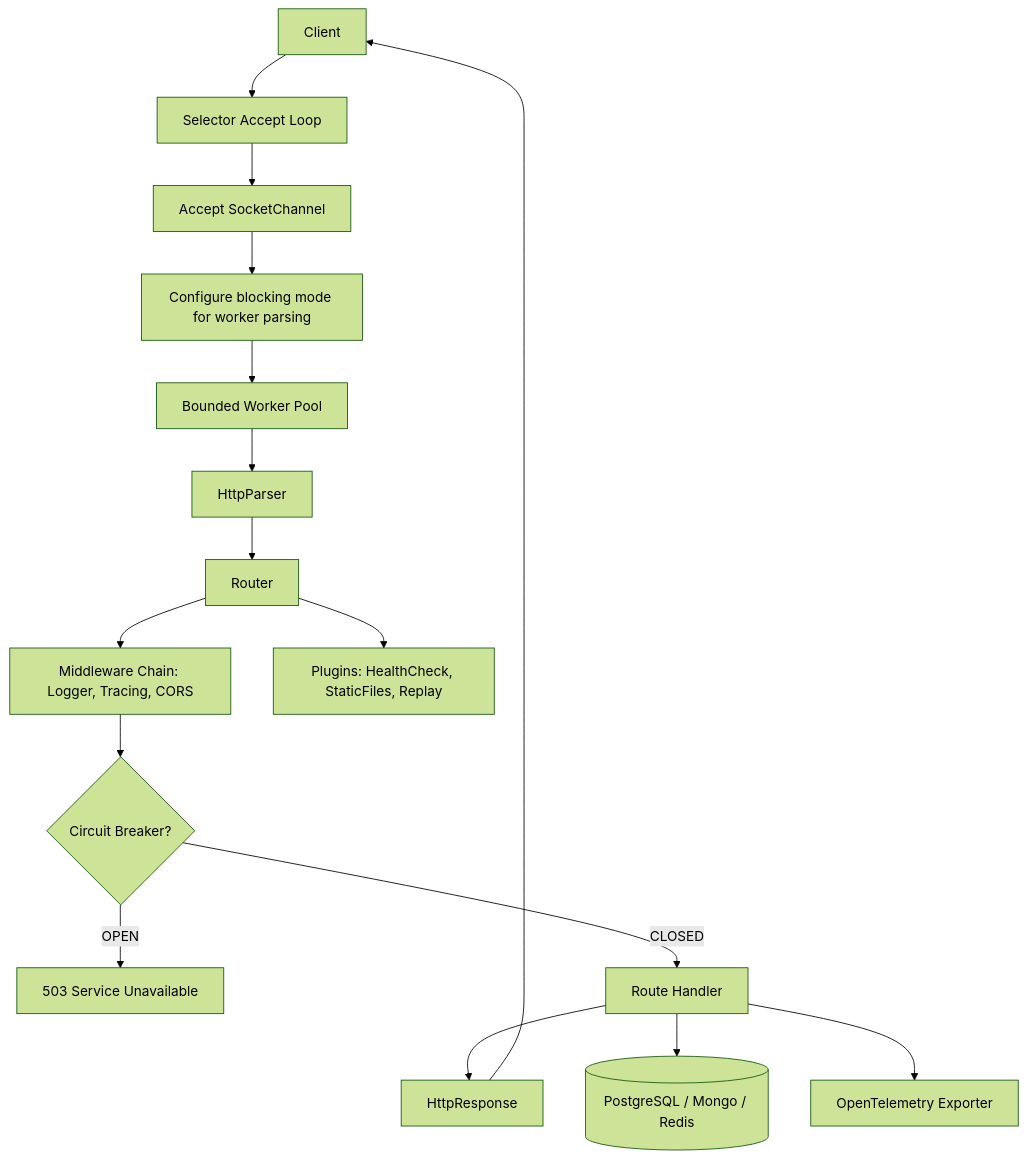
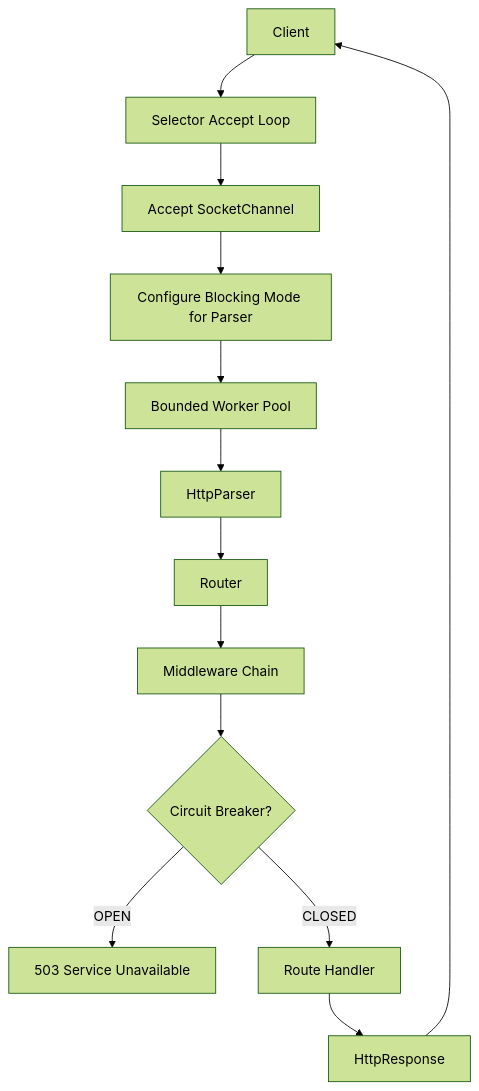
One commit to jhanvi857/coreHTTP changed the diagram in README.md. Above: the diagram before and after it, drawn with Mermaid (forest theme). The commit also changed other lines of this file, not shown here.

Commit message:
docs : readme flow fixes

````diff
--- a/README.md
+++ b/README.md
@@ -356,19 +50,15 @@
 ```mermaid
 graph TD
     C[Client] --> SEL[Selector Accept Loop]
     SEL --> ACC[Accept SocketChannel]
-    ACC --> BLK[Configure blocking mode for worker parsing]
+    ACC --> BLK[Configure Blocking Mode for Parser]
     BLK --> WP[Bounded Worker Pool]
     WP --> HP[HttpParser]
     HP --> RT[Router]
-    RT --> MW[Middleware Chain: Logger, Tracing, CORS]
+    RT --> MW[Middleware Chain]
     MW --> CB{Circuit Breaker?}
     CB -- OPEN --> 503[503 Service Unavailable]
     CB -- CLOSED --> H[Route Handler]
     H --> RESP[HttpResponse]
     RESP --> C
-
-    H --> DB[(PostgreSQL / Mongo / Redis)]
-    H --> OT[OpenTelemetry Exporter]
-    RT --> PLG[Plugins: HealthCheck, StaticFiles, Replay]
 ```
````
